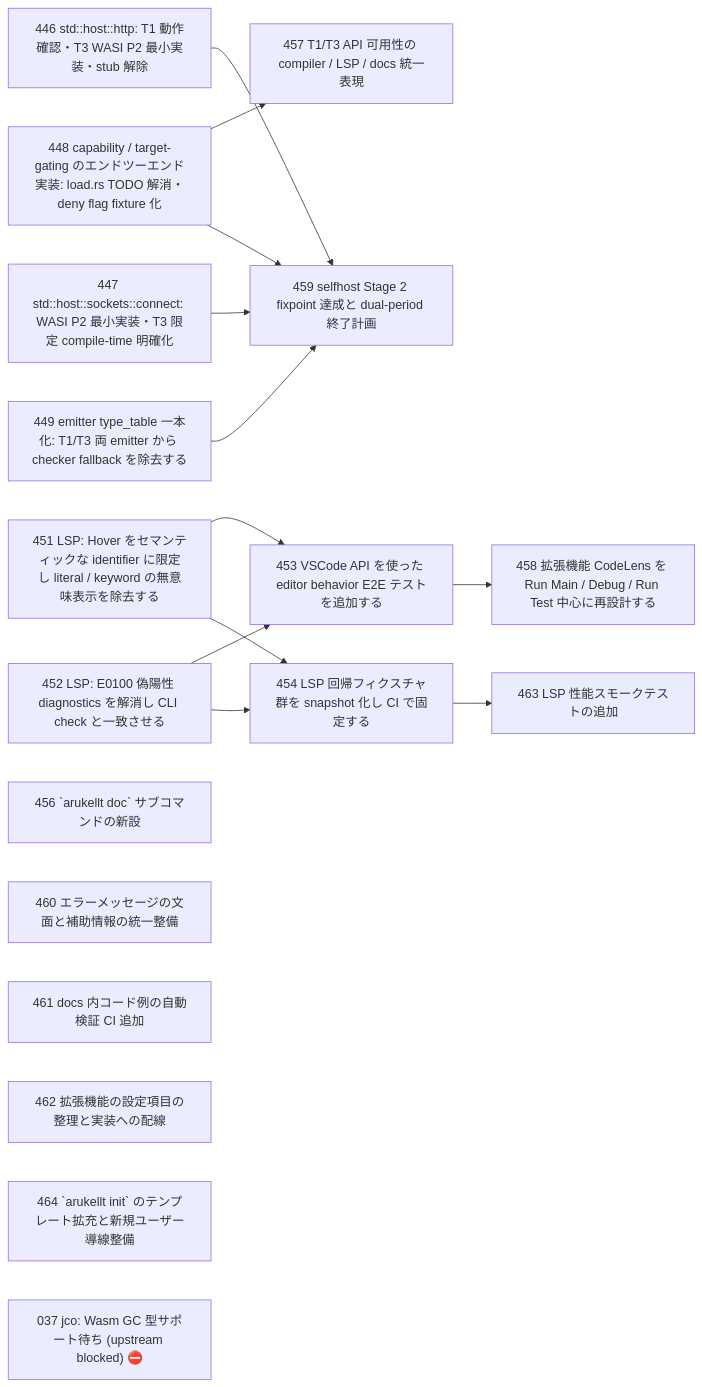
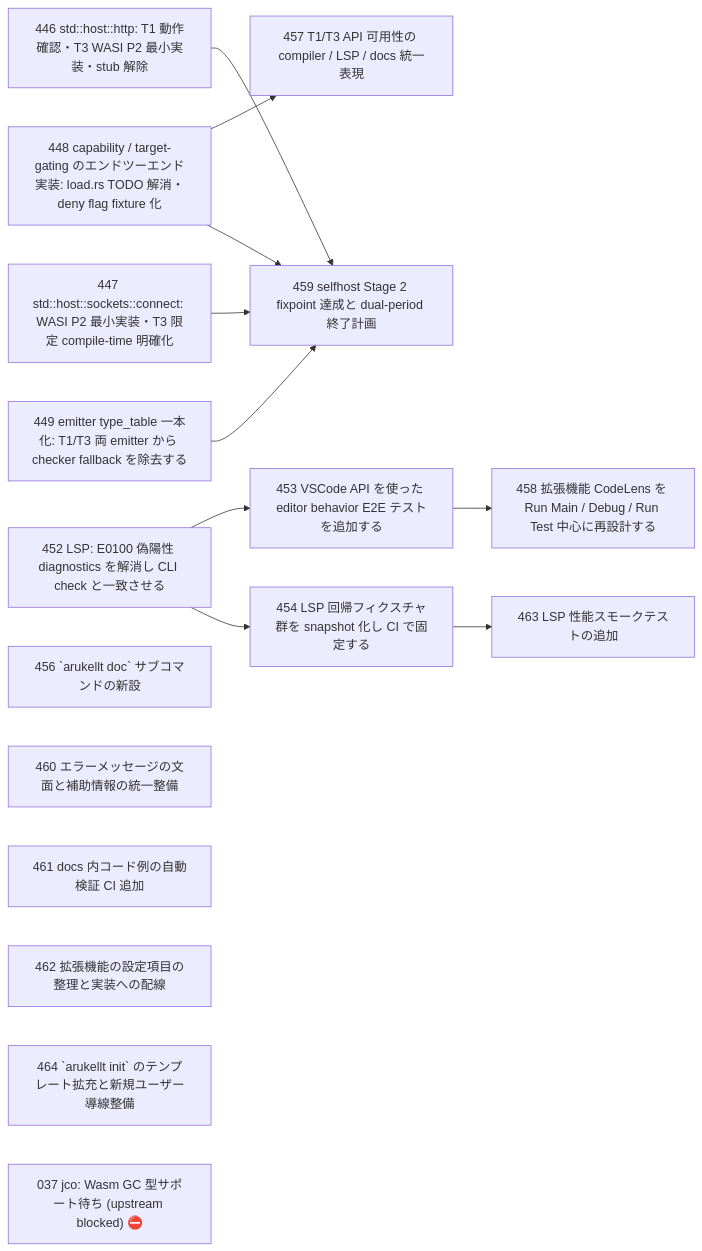
One commit to wogikaze/arukellt changed the diagram in issues/open/dependency-graph.md. Above: the diagram before and after it, drawn with Mermaid. The commit also changed other lines of this file and 2 other files, not shown here.

Commit message:
vscode-ide(451): suppress hover for literals and keywords, keep semantic identifiers
- Hover handler already implemented suppression (commit a102ea5)
- All 4 E2E tests pass: string literal, integer literal, keyword → null;
  stdlib function → non-null content
- Move issue 451 to done/ with all checkboxes checked
- cargo test -p ark-lsp: 56 tests pass (39 unit + 17 E2E)
- verify-harness --quick: 19/19 pass

````diff
--- a/issues/open/dependency-graph.md
+++ b/issues/open/dependency-graph.md
@@ -7,32 +7,29 @@
 ```mermaid
 graph LR
   I446["446 std::host::http: T1 動作確認・T3 WASI P2 最小実装・stub 解除"]
   I447["447 std::host::sockets::connect: WASI P2 最小実装・T3 限定 compile-time 明確化"]
   I448["448 capability / target-gating のエンドツーエンド実装: load.rs TODO 解消・deny flag fixture 化"]
   I449["449 emitter type_table 一本化: T1/T3 両 emitter から checker fallback を除去する"]
-  I451["451 LSP: Hover をセマンティックな identifier に限定し literal / keyword の無意味表示を除去する"]
   I452["452 LSP: E0100 偽陽性 diagnostics を解消し CLI check と一致させる"]
   I456["456 `arukellt doc` サブコマンドの新設"]
   I460["460 エラーメッセージの文面と補助情報の統一整備"]
   I461["461 docs 内コード例の自動検証 CI 追加"]
   I462["462 拡張機能の設定項目の整理と実装への配線"]
   I464["464 `arukellt init` のテンプレート拡充と新規ユーザー導線整備"]
   I457["457 T1/T3 API 可用性の compiler / LSP / docs 統一表現"]
   I459["459 selfhost Stage 2 fixpoint 達成と dual-period 終了計画"]
   I453["453 VSCode API を使った editor behavior E2E テストを追加する"]
   I454["454 LSP 回帰フィクスチャ群を snapshot 化し CI で固定する"]
   I458["458 拡張機能 CodeLens を Run Main / Debug / Run Test 中心に再設計する"]
   I463["463 LSP 性能スモークテストの追加"]
   I037["037 jco: Wasm GC 型サポート待ち (upstream blocked) ⛔"]
   I448 --> I457
   I446 --> I459
   I447 --> I459
   I448 --> I459
   I449 --> I459
-  I451 --> I453
   I452 --> I453
-  I451 --> I454
   I452 --> I454
   I453 --> I458
   I454 --> I463
 ```
````
